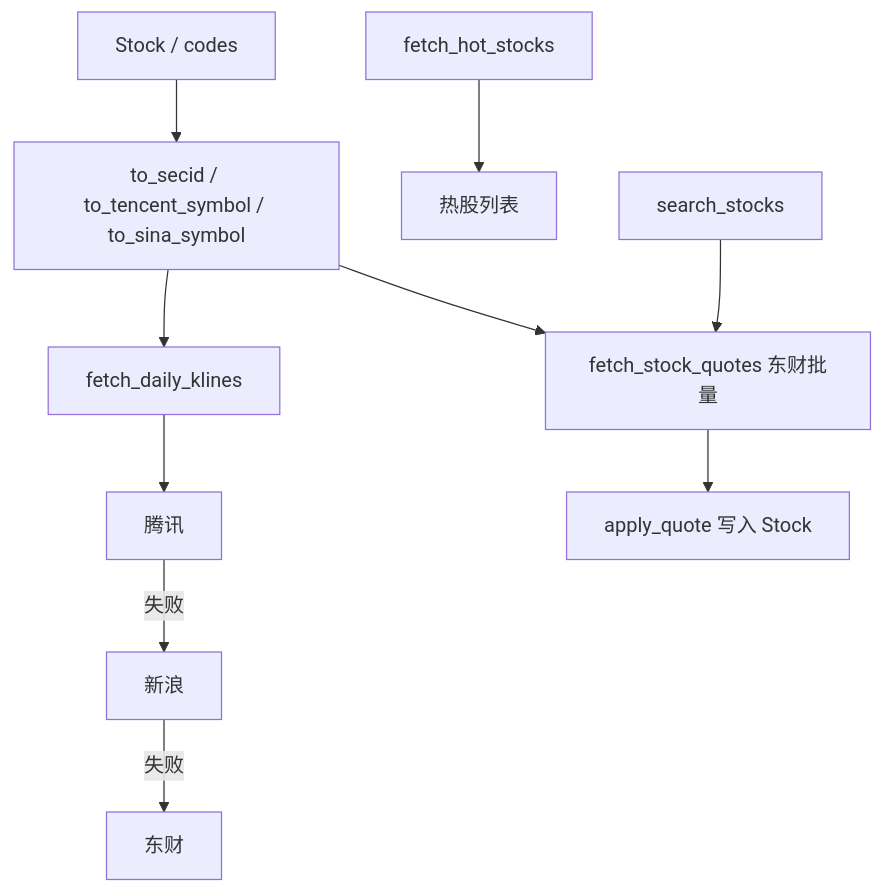
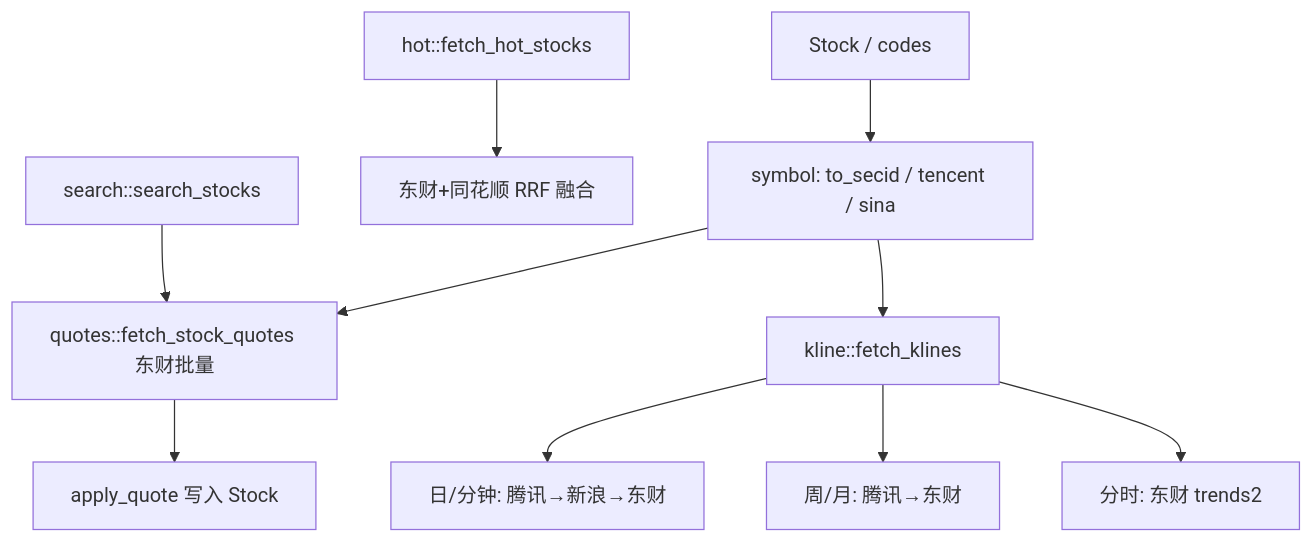
The tenth of 18 diagrams in docs/软件设计说明.md (wuyanwen1997-wyw/stock-predict), drawn with Mermaid before and after one commit. The commit also changed other lines of this file and 10 other files, not shown here.

````diff
--- a/docs/软件设计说明.md
+++ b/docs/软件设计说明.md
@@ -393,12 +422,12 @@
 ```mermaid
 flowchart TB
-    IN[Stock / codes] --> MAP[to_secid / to_tencent_symbol / to_sina_symbol]
-    MAP --> Q[fetch_stock_quotes 东财批量]
-    MAP --> K[fetch_daily_klines]
-    K --> K1[腾讯]
-    K1 -->|失败| K2[新浪]
-    K2 -->|失败| K3[东财]
+    IN[Stock / codes] --> MAP[symbol: to_secid / tencent / sina]
+    MAP --> Q[quotes::fetch_stock_quotes 东财批量]
+    MAP --> K[kline::fetch_klines]
+    K --> DAY[日/分钟: 腾讯→新浪→东财]
+    K --> WM[周/月: 腾讯→东财]
+    K --> TREND[分时: 东财 trends2]
     Q --> AQ[apply_quote 写入 Stock]
-    HOT[fetch_hot_stocks] --> LIST[热股列表]
-    SCH[search_stocks] --> Q
+    HOT[hot::fetch_hot_stocks] --> LIST[东财+同花顺 RRF 融合]
+    SCH[search::search_stocks] --> Q
 ```
````
